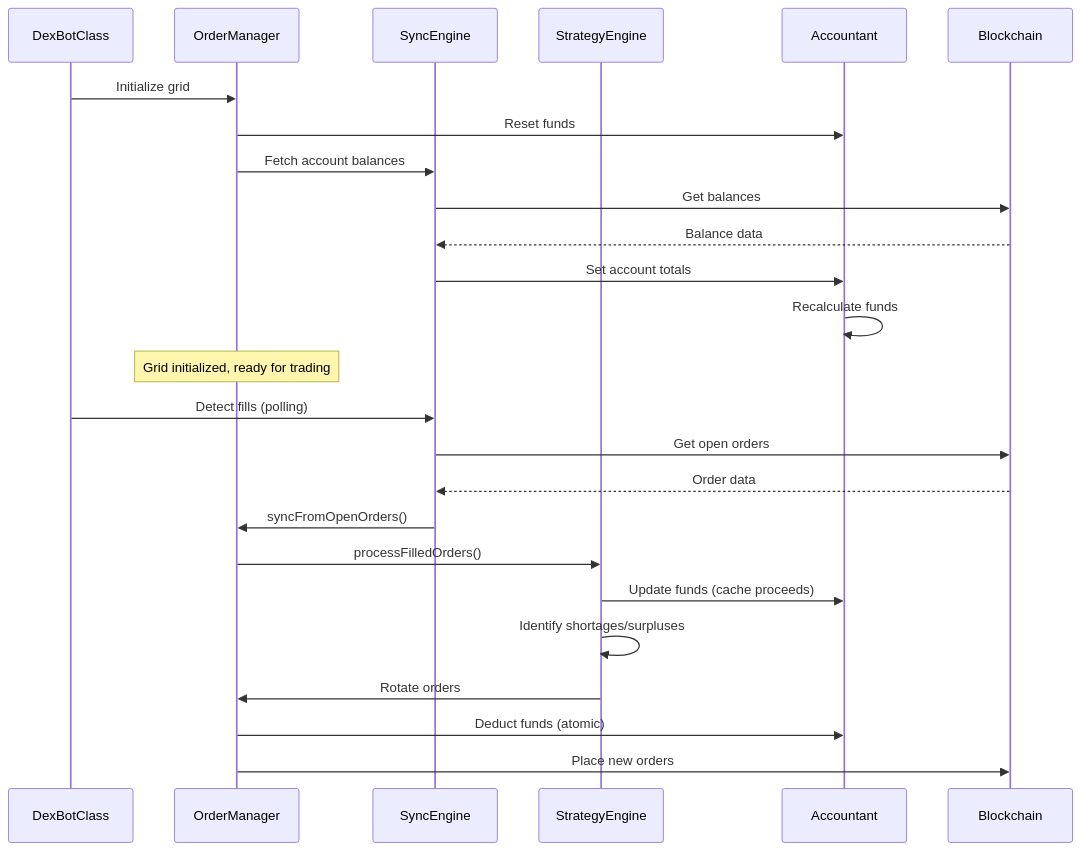
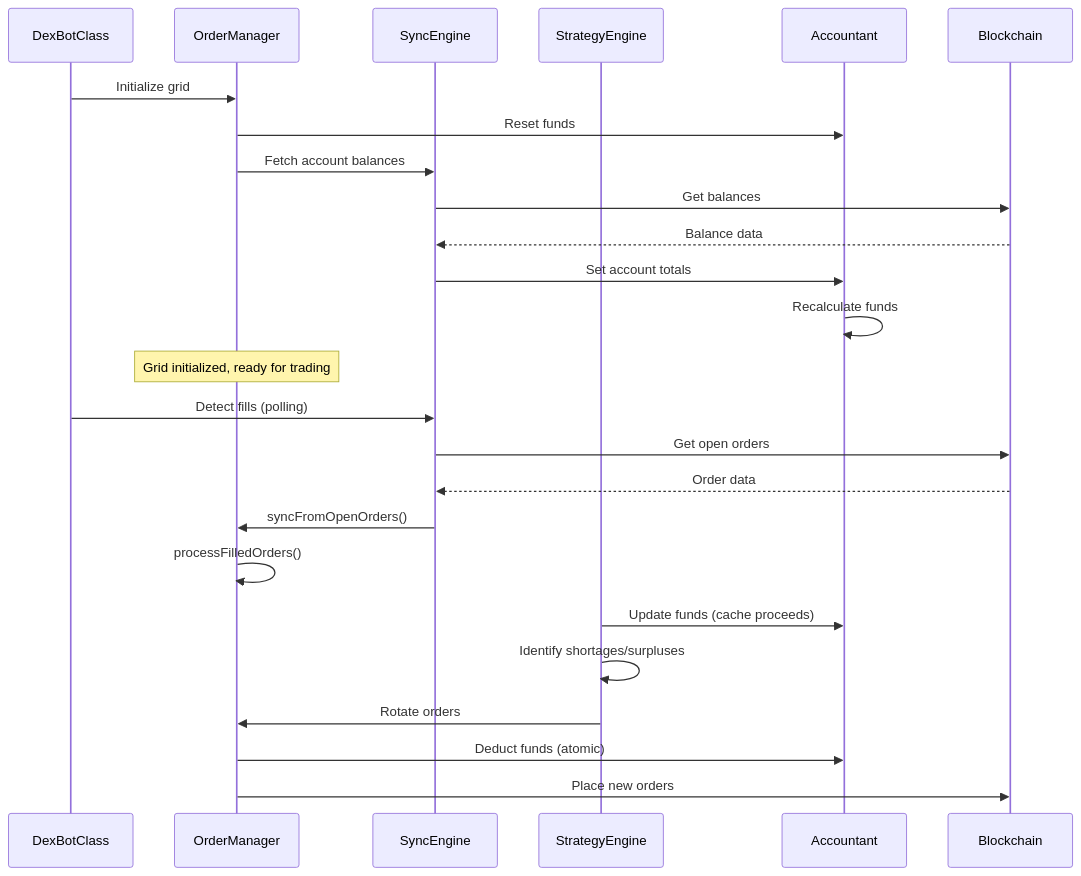
One commit to technologiespro/DEXBot2 changed the third of 13 diagrams in docs/architecture.md. Above: the diagram before and after it, drawn with Mermaid. The commit also changed other lines of this file and 3 other files, not shown here.

````diff
--- a/docs/architecture.md
+++ b/docs/architecture.md
@@ -678,30 +678,30 @@
 ```mermaid
 sequenceDiagram
     participant Bot as DexBotClass
     participant Mgr as OrderManager
     participant Sync as SyncEngine
     participant Strat as StrategyEngine
     participant Acct as Accountant
     participant Chain as Blockchain
 
     Bot->>Mgr: Initialize grid
     Mgr->>Acct: Reset funds
     Mgr->>Sync: Fetch account balances
     Sync->>Chain: Get balances
     Chain-->>Sync: Balance data
     Sync->>Acct: Set account totals
     Acct->>Acct: Recalculate funds
 
     Note over Mgr: Grid initialized, ready for trading
 
     Bot->>Sync: Detect fills (polling)
     Sync->>Chain: Get open orders
     Chain-->>Sync: Order data
     Sync->>Mgr: syncFromOpenOrders()
-    Mgr->>Strat: processFilledOrders()
+    Mgr->>Mgr: processFilledOrders()
     Strat->>Acct: Update funds (cache proceeds)
     Strat->>Strat: Identify shortages/surpluses
     Strat->>Mgr: Rotate orders
     Mgr->>Acct: Deduct funds (atomic)
     Mgr->>Chain: Place new orders
 ```
````
